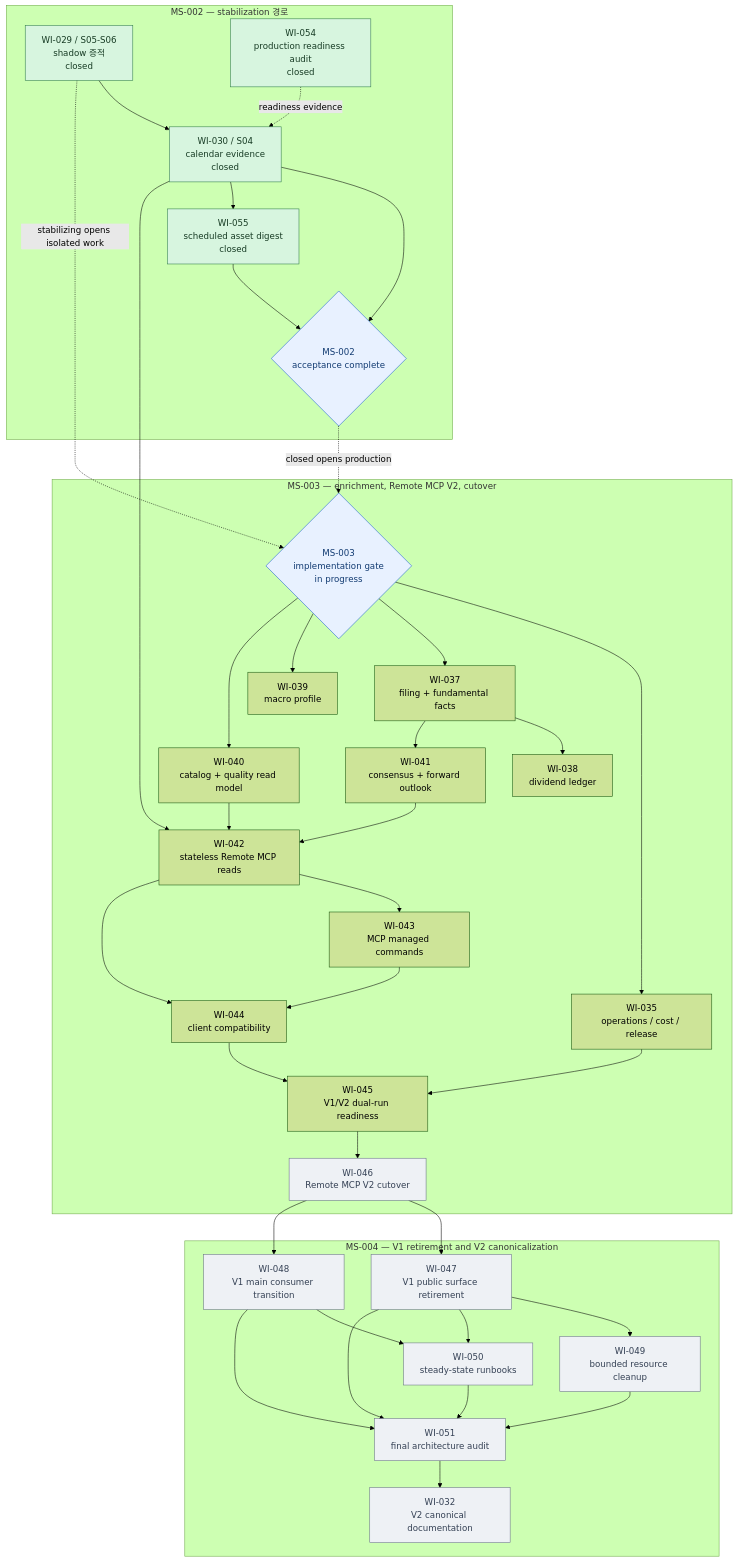
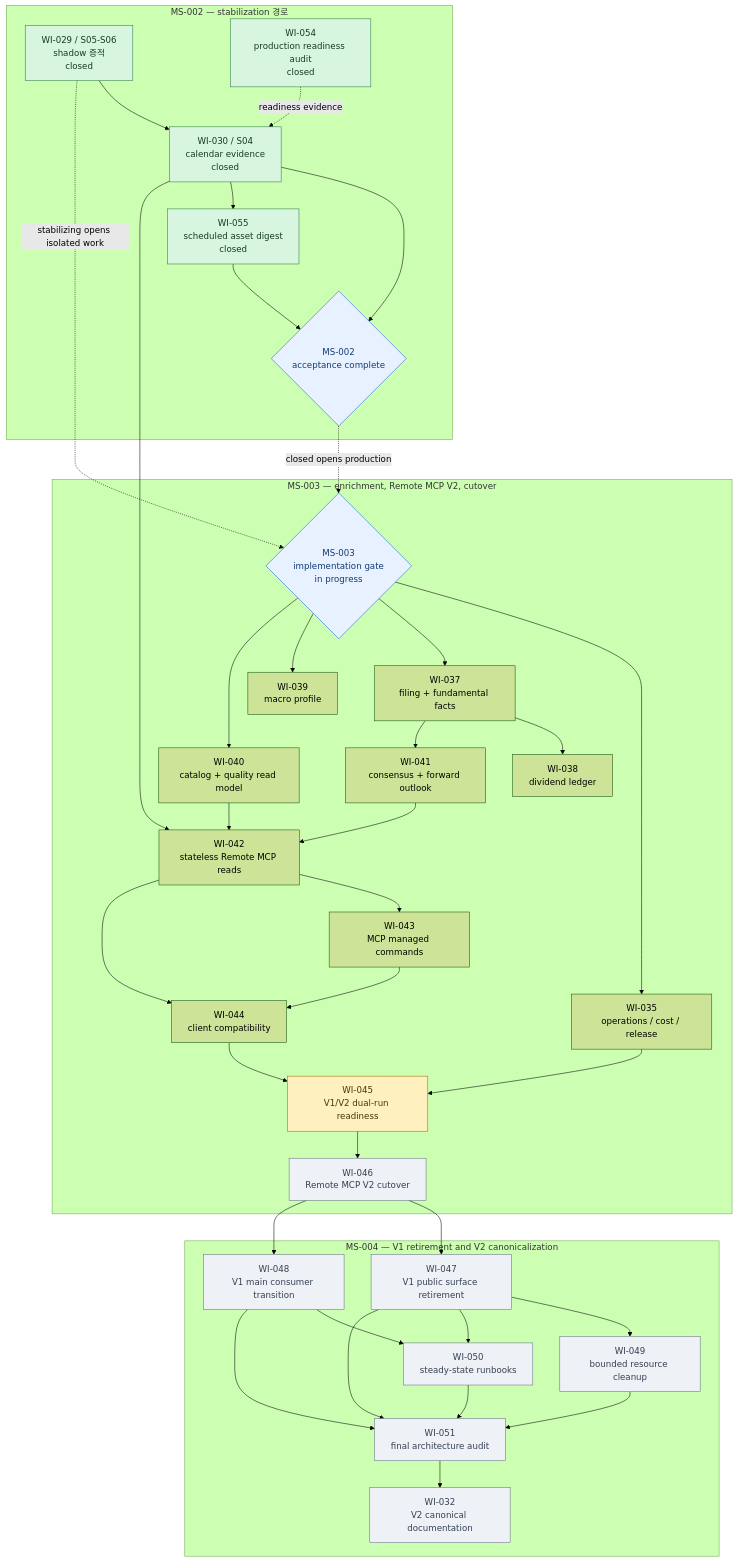
The third of 3 diagrams in docs/milestones/README.md (meringue5/KIS_Portfolio_MCP), drawn with Mermaid (forest theme) before and after one commit. The commit also changed other lines of this file and 3 other files, not shown here.

````diff
--- a/docs/milestones/README.md
+++ b/docs/milestones/README.md
@@ -143,79 +143,79 @@
 ```mermaid
 flowchart TB
     subgraph M2["MS-002 — stabilization 경로"]
         W29["WI-029 / S05-S06<br/>shadow 증적<br/>closed"]
         W30["WI-030 / S04<br/>calendar evidence<br/>closed"]
         W54["WI-054<br/>production readiness audit<br/>closed"]
         W55["WI-055<br/>scheduled asset digest<br/>closed"]
         M2DONE{"MS-002<br/>acceptance complete"}
         W29 --> W30 --> M2DONE
         W30 --> W55 --> M2DONE
         W54 -. readiness evidence .-> W30
     end
 
     subgraph M3["MS-003 — enrichment, Remote MCP V2, cutover"]
         M3OPEN{"MS-003<br/>implementation gate<br/>in progress"}
         W35["WI-035<br/>operations / cost / release"]
         W37["WI-037<br/>filing + fundamental facts"]
         W38["WI-038<br/>dividend ledger"]
         W39["WI-039<br/>macro profile"]
         W40["WI-040<br/>catalog + quality read model"]
         W41["WI-041<br/>consensus + forward outlook"]
         W42["WI-042<br/>stateless Remote MCP reads"]
         W43["WI-043<br/>MCP managed commands"]
         W44["WI-044<br/>client compatibility"]
         W45["WI-045<br/>V1/V2 dual-run readiness"]
         W46["WI-046<br/>Remote MCP V2 cutover"]
 
         M3OPEN --> W35
         M3OPEN --> W37
         M3OPEN --> W39
         M3OPEN --> W40
         W37 --> W38
         W37 --> W41
         W30 --> W42
         W40 --> W42
         W41 --> W42
         W42 --> W43
         W42 --> W44
         W43 --> W44
         W35 --> W45
         W44 --> W45 --> W46
     end
 
     subgraph M4["MS-004 — V1 retirement and V2 canonicalization"]
         W47["WI-047<br/>V1 public surface retirement"]
         W48["WI-048<br/>V1 main consumer transition"]
         W49["WI-049<br/>bounded resource cleanup"]
         W50["WI-050<br/>steady-state runbooks"]
         W51["WI-051<br/>final architecture audit"]
         W32["WI-032<br/>V2 canonical documentation"]
 
         W46 --> W47
         W46 --> W48
         W47 --> W49
         W47 --> W50
         W48 --> W50
         W47 --> W51
         W48 --> W51
         W49 --> W51
         W50 --> W51
         W51 --> W32
     end
 
     W29 -. stabilizing opens isolated work .-> M3OPEN
     M2DONE -. closed opens production .-> M3OPEN
 
     classDef active fill:#fff1bf,stroke:#9a6b00,color:#4b3500;
     classDef closed fill:#d7f5df,stroke:#2d7a46,color:#173b24;
     classDef ready fill:#e8f1ff,stroke:#175cd3,color:#123b72;
     classDef blocked fill:#fde2e2,stroke:#b42318,color:#5b1712;
     classDef proposed fill:#eef1f5,stroke:#667085,color:#344054;
     classDef gate fill:#e8f1ff,stroke:#175cd3,color:#123b72;
     class W29,W30,W54,W55 closed;
     class W35,W40 verified;
     class W37,W38,W39,W41,W42,W43,W44 verified;
-    class W45 verified;
+    class W45 active;
     class W46,W47,W48,W49,W50,W51,W32 proposed;
     class M2DONE,M3OPEN gate;
 ```
````
